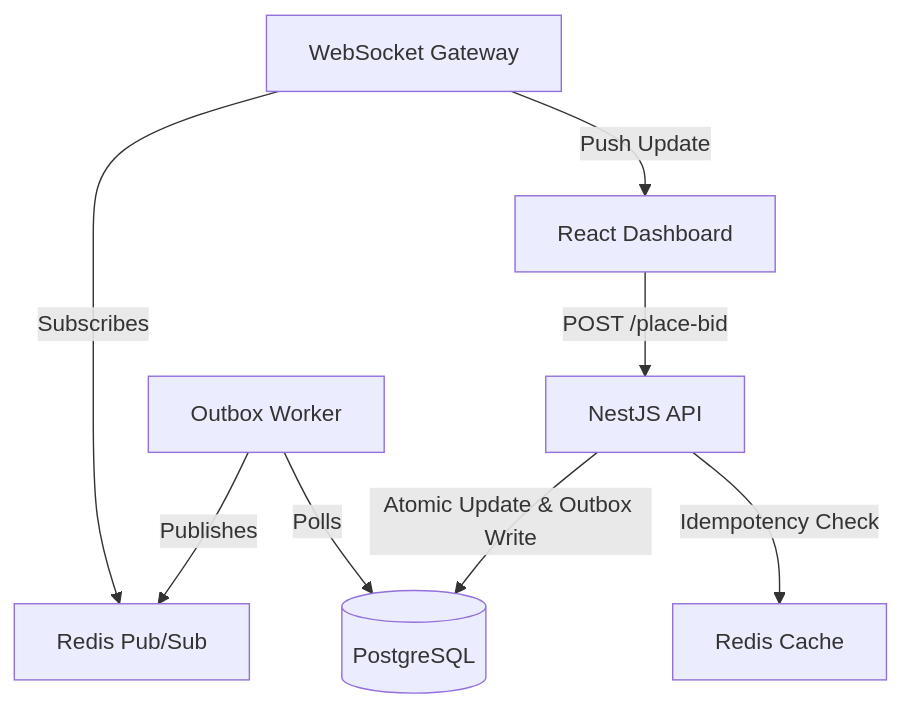
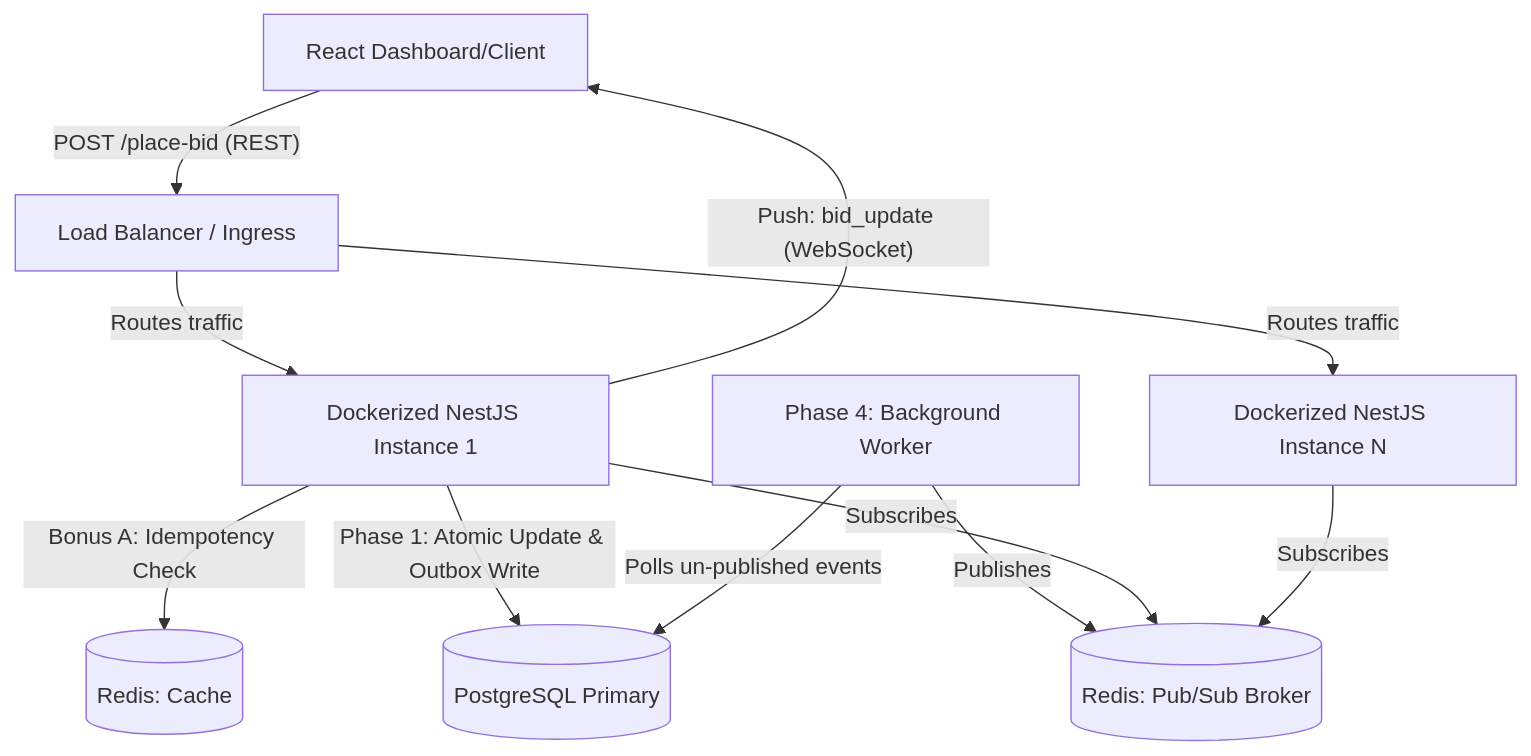
One commit to FelipeB12/real-time-auction changed the diagram in README.md. Above: the diagram before and after it, drawn with Mermaid. The commit also changed other lines of this file and 5 other files, not shown here.

````diff
--- a/README.md
+++ b/README.md
@@ -9,13 +25,17 @@
 ```mermaid
 graph TD
-    Client[React Dashboard] -- POST /place-bid --> API[NestJS API]
-    API -- Atomic Update & Outbox Write --> DB[(PostgreSQL)]
+    Client[React Dashboard/Client] -- "POST /place-bid (REST)" --> LB[Load Balancer / Ingress]
+    LB -- "Routes traffic" --> AppNode1[Dockerized NestJS Instance 1]
+    LB -- "Routes traffic" --> AppNode2[Dockerized NestJS Instance N]
     
-    Worker[Outbox Worker] -- Polls --> DB
-    Worker -- Publishes --> RedisSubscriber[Redis Pub/Sub]
+    AppNode1 -- "Bonus A: Idempotency Check" --> RedisCache[(Redis: Cache)]
+    AppNode1 -- "Phase 1: Atomic Update & Outbox Write" --> DB[(PostgreSQL Primary)]
     
-    Gateway[WebSocket Gateway] -- Subscribes --> RedisSubscriber
-    Gateway -- Push Update --> Client
+    Worker[Phase 4: Background Worker] -- "Polls un-published events" --> DB
+    Worker -- "Publishes" --> RedisPubSub[(Redis: Pub/Sub Broker)]
     
-    API -- Idempotency Check --> RedisCache[Redis Cache]
+    AppNode1 -- "Subscribes" --> RedisPubSub
+    AppNode2 -- "Subscribes" --> RedisPubSub
+    
+    AppNode1 -- "Push: bid_update (WebSocket)" --> Client
 ```
````
